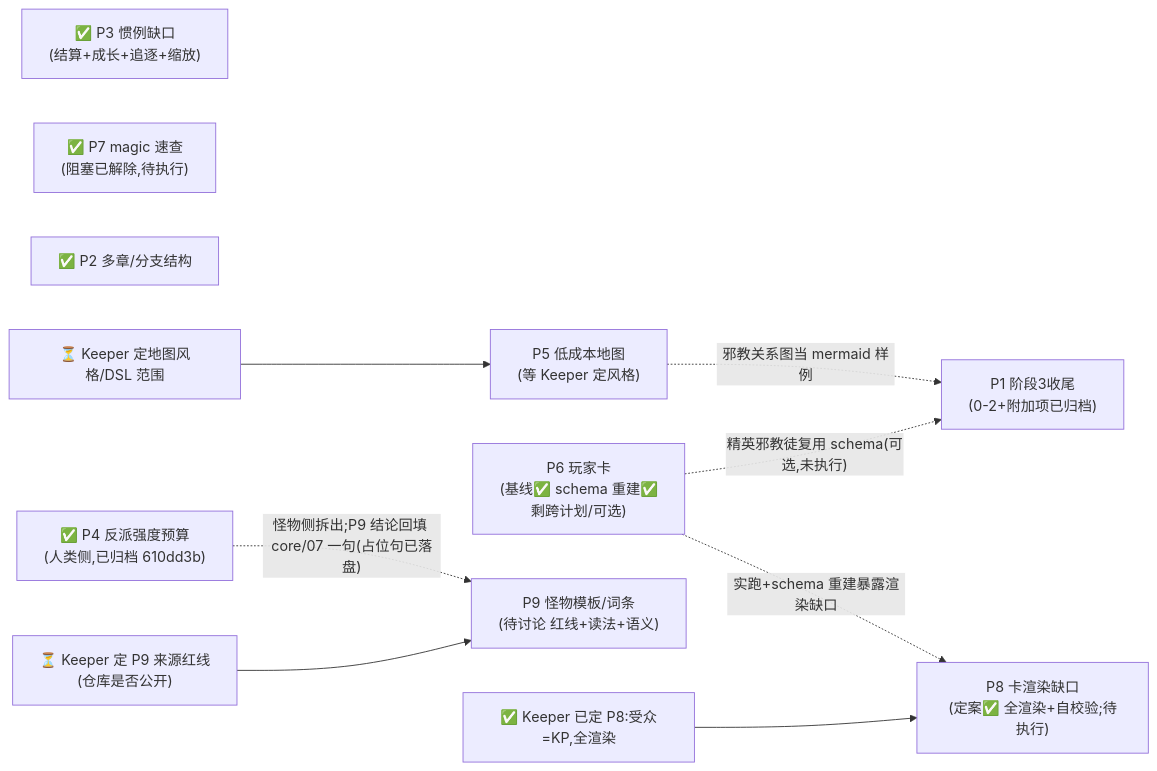
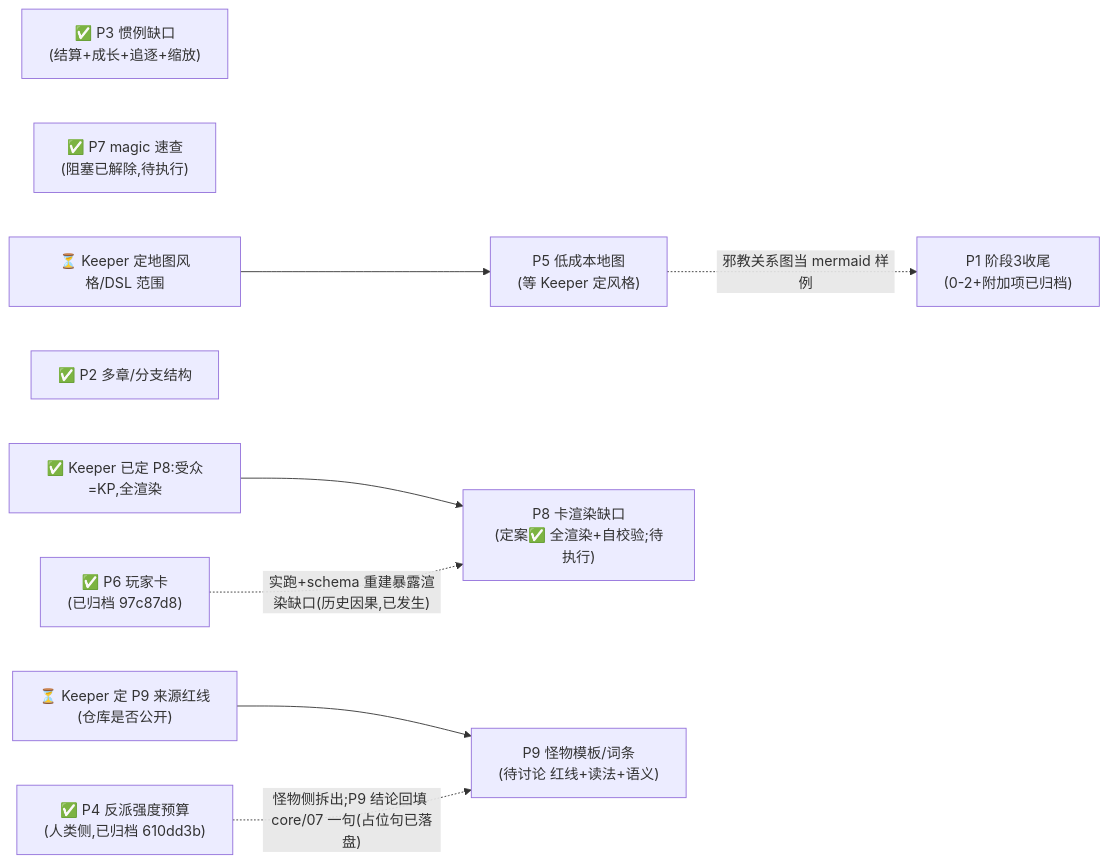
One commit to Mzihong/coc-keeper-kit changed the diagram in update_plan/README.md. Above: the diagram before and after it, drawn with Mermaid. The commit also changed other lines of this file and 5 other files, not shown here.

````diff
--- a/update_plan/README.md
+++ b/update_plan/README.md
@@ -29,25 +29,24 @@
 ```mermaid
 graph LR
     P3["✅ P3 惯例缺口<br/>(结算+成长+追逐+缩放)"]
     P7["✅ P7 magic 速查<br/>(阻塞已解除,待执行)"]
     P5["P5 低成本地图<br/>(等 Keeper 定风格)"]
-    P6["P6 玩家卡<br/>(基线✅ schema 重建✅<br/>剩跨计划/可选)"]
+    P6["✅ P6 玩家卡<br/>(已归档 97c87d8)"]
     P1a["P1 阶段3收尾<br/>(0-2+附加项已归档)"]
     P2["✅ P2 多章/分支结构"]
     P4["✅ P4 反派强度预算<br/>(人类侧,已归档 610dd3b)"]
     P8["P8 卡渲染缺口<br/>(定案✅ 全渲染+自校验;待执行)"]
     P9["P9 怪物模板/词条<br/>(待讨论 红线+读法+语义)"]
     KeeperMap["⏳ Keeper 定地图风格/DSL 范围"]
     KeeperView["✅ Keeper 已定 P8:受众=KP,全渲染"]
     KeeperRed["⏳ Keeper 定 P9 来源红线<br/>(仓库是否公开)"]
 
     KeeperMap --> P5
     KeeperView --> P8
     KeeperRed --> P9
     P4 -.怪物侧拆出;P9 结论回填 core/07 一句(占位句已落盘).-> P9
-    P6 -.实跑+schema 重建暴露渲染缺口.-> P8
-    P6 -.精英邪教徒复用 schema(可选,未执行).-> P1a
+    P6 -.实跑+schema 重建暴露渲染缺口(历史因果,已发生).-> P8
     P5 -.邪教关系图当 mermaid 样例.-> P1a
     P2
     P3
 ```
````
